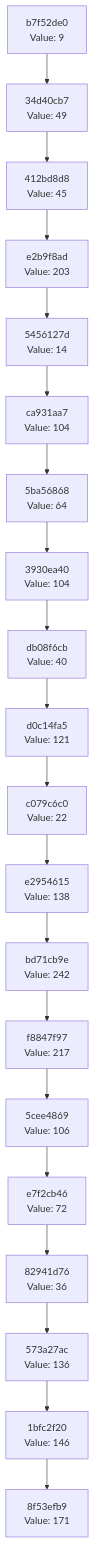
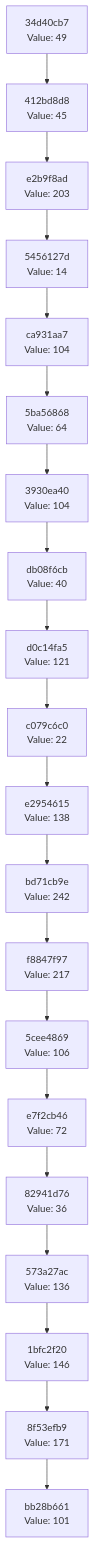
Before and after one commit to Abhisheksinha1506/hash-chain-evolver: the diagram in docs/CHAIN_VISUALIZATION.md, drawn with Mermaid. The commit also changed 2 other files, not shown here.

Commit message:
Evolution step: hash 0x65 → action executed

````diff
--- a/docs/CHAIN_VISUALIZATION.md
+++ b/docs/CHAIN_VISUALIZATION.md
@@ -3,42 +3,42 @@
 ```mermaid
 graph TD
-    C0["8f53efb9<br/>Value: 171"]
-    C1["1bfc2f20<br/>Value: 146"]
+    C0["bb28b661<br/>Value: 101"]
+    C1["8f53efb9<br/>Value: 171"]
     C1 --> C0
-    C2["573a27ac<br/>Value: 136"]
+    C2["1bfc2f20<br/>Value: 146"]
     C2 --> C1
-    C3["82941d76<br/>Value: 36"]
+    C3["573a27ac<br/>Value: 136"]
     C3 --> C2
-    C4["e7f2cb46<br/>Value: 72"]
+    C4["82941d76<br/>Value: 36"]
     C4 --> C3
-    C5["5cee4869<br/>Value: 106"]
+    C5["e7f2cb46<br/>Value: 72"]
     C5 --> C4
-    C6["f8847f97<br/>Value: 217"]
+    C6["5cee4869<br/>Value: 106"]
     C6 --> C5
-    C7["bd71cb9e<br/>Value: 242"]
+    C7["f8847f97<br/>Value: 217"]
     C7 --> C6
-    C8["e2954615<br/>Value: 138"]
+    C8["bd71cb9e<br/>Value: 242"]
     C8 --> C7
-    C9["c079c6c0<br/>Value: 22"]
+    C9["e2954615<br/>Value: 138"]
     C9 --> C8
-    C10["d0c14fa5<br/>Value: 121"]
+    C10["c079c6c0<br/>Value: 22"]
     C10 --> C9
-    C11["db08f6cb<br/>Value: 40"]
+    C11["d0c14fa5<br/>Value: 121"]
     C11 --> C10
-    C12["3930ea40<br/>Value: 104"]
+    C12["db08f6cb<br/>Value: 40"]
     C12 --> C11
-    C13["5ba56868<br/>Value: 64"]
+    C13["3930ea40<br/>Value: 104"]
     C13 --> C12
-    C14["ca931aa7<br/>Value: 104"]
+    C14["5ba56868<br/>Value: 64"]
     C14 --> C13
-    C15["5456127d<br/>Value: 14"]
+    C15["ca931aa7<br/>Value: 104"]
     C15 --> C14
-    C16["e2b9f8ad<br/>Value: 203"]
+    C16["5456127d<br/>Value: 14"]
     C16 --> C15
-    C17["412bd8d8<br/>Value: 45"]
+    C17["e2b9f8ad<br/>Value: 203"]
     C17 --> C16
-    C18["34d40cb7<br/>Value: 49"]
+    C18["412bd8d8<br/>Value: 45"]
     C18 --> C17
-    C19["b7f52de0<br/>Value: 9"]
+    C19["34d40cb7<br/>Value: 49"]
     C19 --> C18
 ```
````
